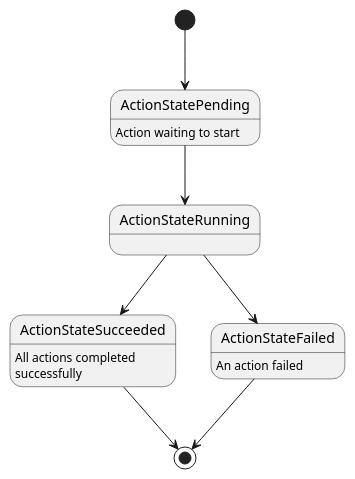
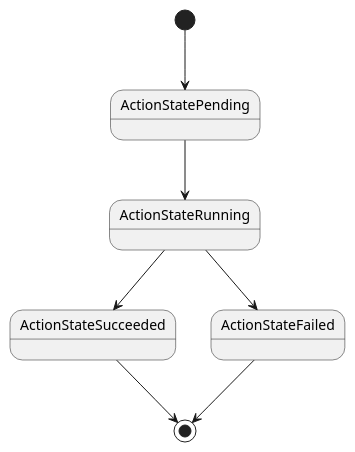
One commit to tinkerbell/roadmap changed the diagram in design/images/tinkerbell_crd_refactor/action_state.puml. Above: the diagram before and after it, drawn with PlantUML. The commit also changed 2 other files, not shown here.

```diff
--- a/design/images/tinkerbell_crd_refactor/action_state.puml
+++ b/design/images/tinkerbell_crd_refactor/action_state.puml
@@ -1,14 +1,10 @@
 @startuml action_state_machine
 
 [*] --> ActionStatePending
 ActionStatePending --> ActionStateRunning
 ActionStateRunning --> ActionStateSucceeded
 ActionStateRunning --> ActionStateFailed
 ActionStateSucceeded --> [*]
 ActionStateFailed --> [*]
 
-ActionStatePending : Action waiting to start
-ActionStateSucceeded : All actions completed\nsuccessfully
-ActionStateFailed : An action failed
-
 @enduml
```
